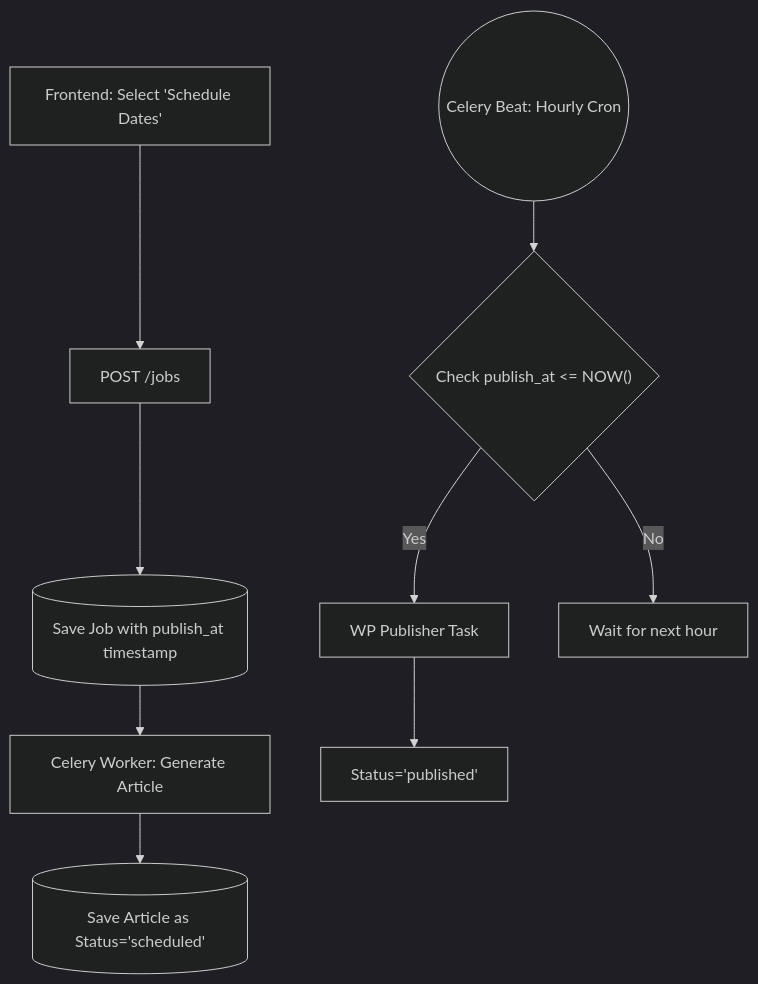
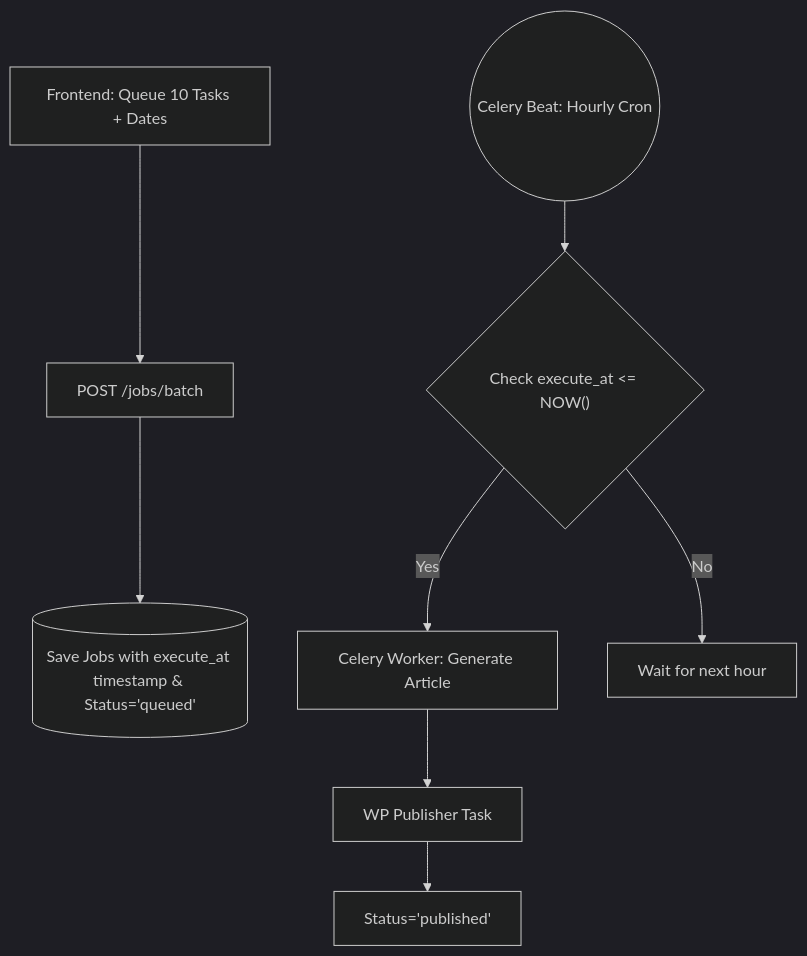
The first of 4 diagrams in suggestions3.md (amhakimouse/auto-blog), drawn with Mermaid (dark theme) before and after one commit. The commit also changed other lines of this file and 15 other files, not shown here.

````diff
--- a/suggestions3.md
+++ b/suggestions3.md
@@ -13,12 +14,11 @@
 ```mermaid
 graph TD
-    UI[Frontend: Select 'Schedule Dates'] --> API[POST /jobs]
-    API --> DB[("Save Job with publish_at timestamp")]
-    DB --> Worker[Celery Worker: Generate Article]
-    Worker --> Draft[("Save Article as Status='scheduled'")]
+    UI[Frontend: Queue 10 Tasks + Dates] --> API[POST /jobs/batch]
+    API --> DB[("Save Jobs with execute_at timestamp & Status='queued'")]
     
-    Beat((Celery Beat: Hourly Cron)) --> Check{"Check publish_at <= NOW()"}
-    Check -- Yes --> Publish[WP Publisher Task]
+    Beat((Celery Beat: Hourly Cron)) --> Check{"Check execute_at <= NOW()"}
+    Check -- Yes --> Worker[Celery Worker: Generate Article]
+    Worker --> Publish[WP Publisher Task]
     Publish --> Live[Status='published']
     Check -- No --> Wait[Wait for next hour]
 ```
````
